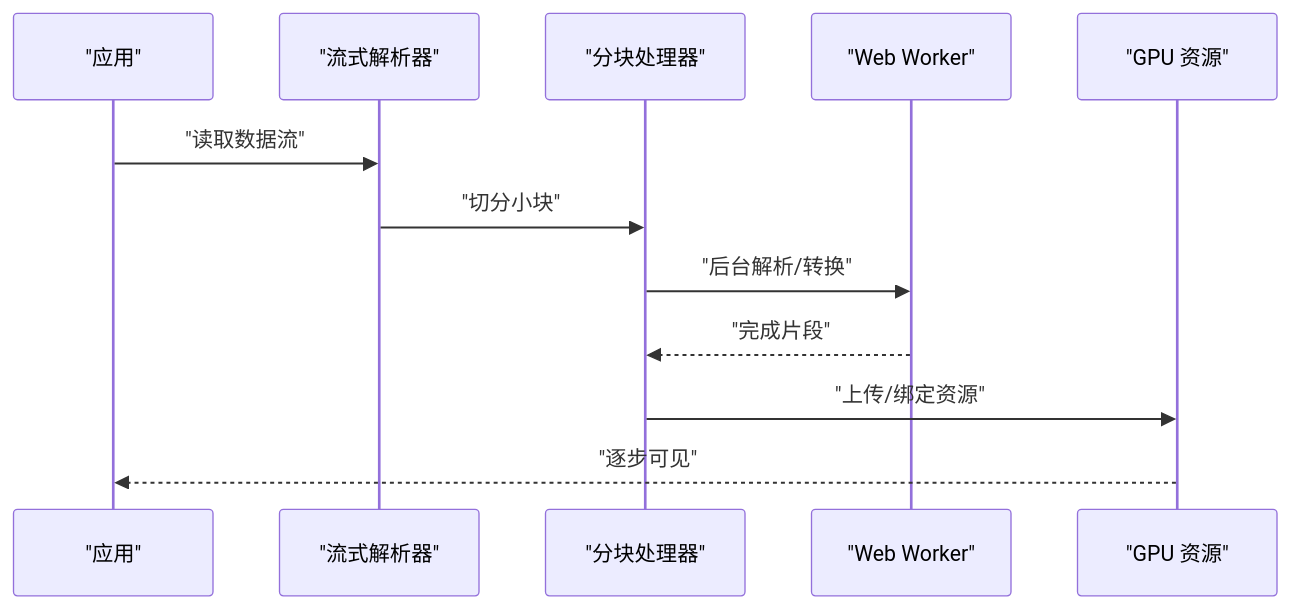
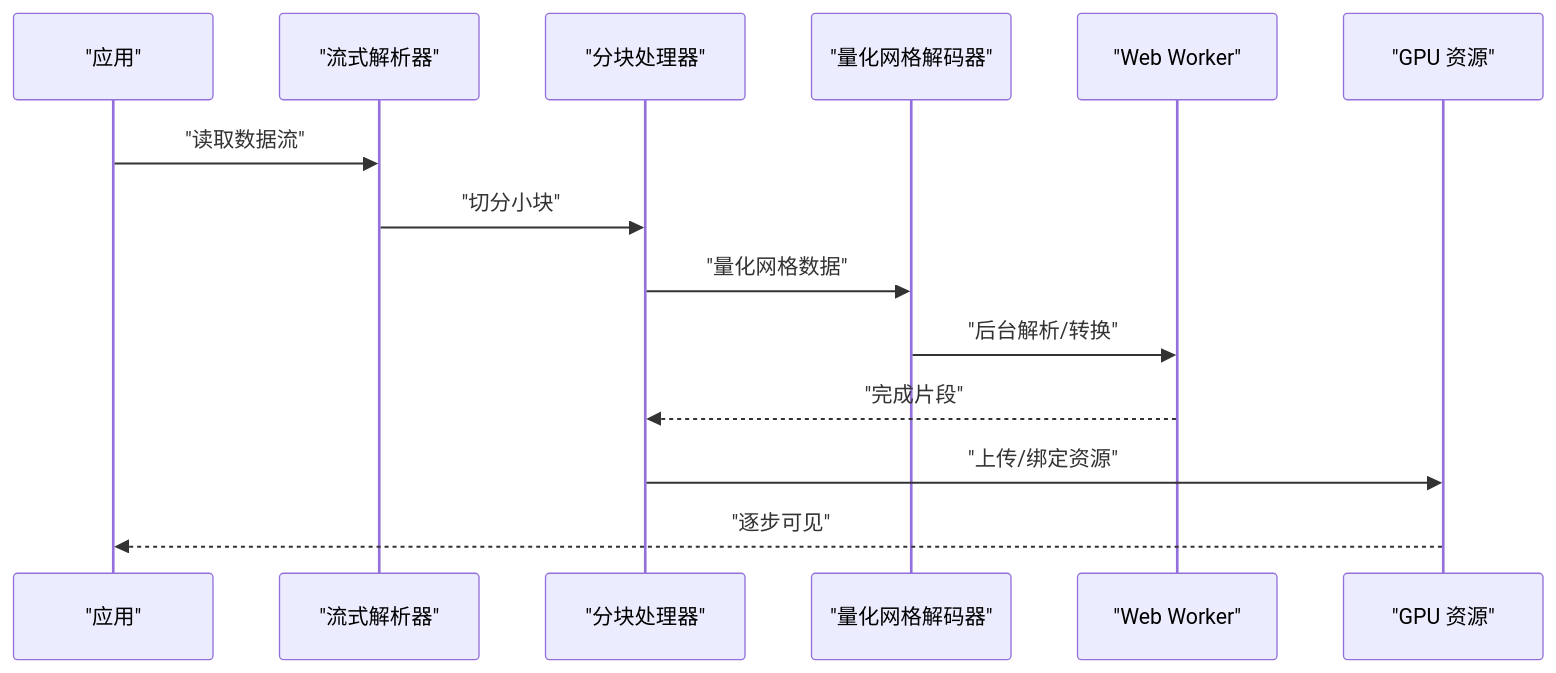
The sixth of 8 diagrams in .qoder/repowiki/zh/content/性能优化/数据加载优化/数据加载优化.md (rzhangjing/cesium), drawn with Mermaid before and after one commit. The commit also changed other lines of this file and 92 other files, not shown here.

````diff
--- a/.qoder/repowiki/zh/content/性能优化/数据加载优化/数据加载优化.md
+++ b/.qoder/repowiki/zh/content/性能优化/数据加载优化/数据加载优化.md
@@ -213,14 +247,16 @@
 ```mermaid
 sequenceDiagram
 participant App as "应用"
 participant Stream as "流式解析器"
 participant Chunk as "分块处理器"
+participant QMD as "量化网格解码器"
 participant Worker as "Web Worker"
 participant GPU as "GPU 资源"
 App->>Stream : "读取数据流"
 Stream->>Chunk : "切分小块"
-Chunk->>Worker : "后台解析/转换"
+Chunk->>QMD : "量化网格数据"
+QMD->>Worker : "后台解析/转换"
 Worker-->>Chunk : "完成片段"
 Chunk->>GPU : "上传/绑定资源"
 GPU-->>App : "逐步可见"
 ```
````
